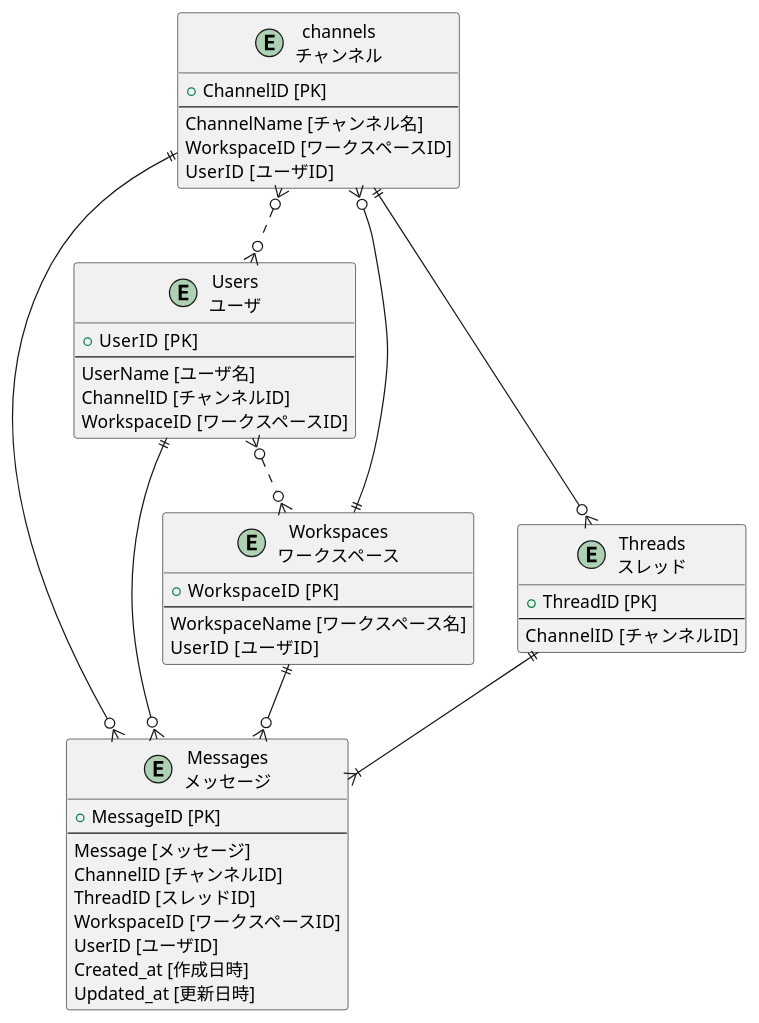
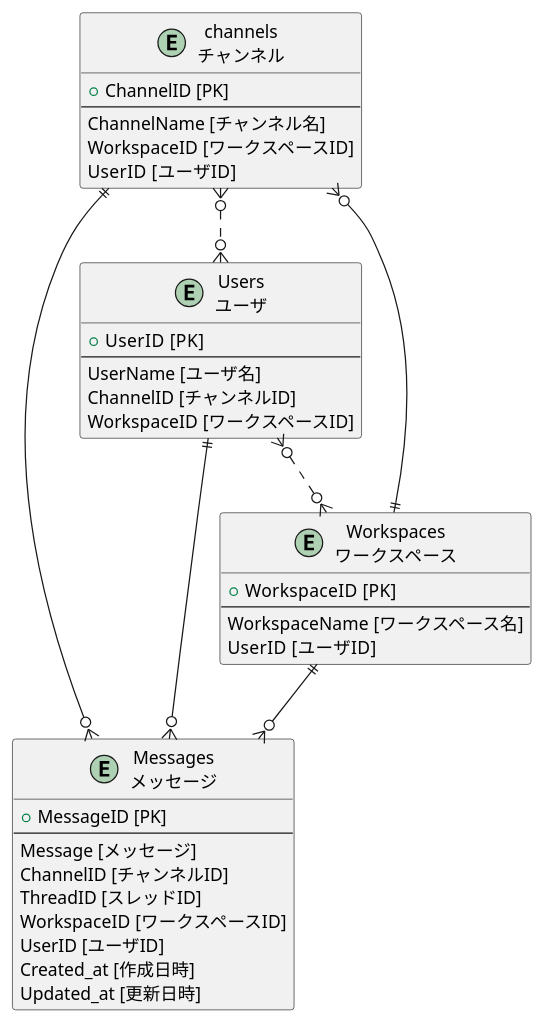
Before and after one commit to baron7151/praha-challenge: the diagram in 1_DB/2_DB_Modeling/Task1/tables.pu, drawn with PlantUML. The commit also changed 3 other files, not shown here.

```diff
--- a/1_DB/2_DB_Modeling/Task1/tables.pu
+++ b/1_DB/2_DB_Modeling/Task1/tables.pu
@@ -1,54 +1,44 @@
 @startuml tables
 entity messages as "Messages\nメッセージ" {
   + MessageID [PK]
   --
   Message [メッセージ]
   ChannelID [チャンネルID]
   ThreadID [スレッドID]
   WorkspaceID [ワークスペースID]
   UserID [ユーザID]
   Created_at [作成日時]
   Updated_at [更新日時]
 }
 
 entity channels as "channels\nチャンネル" {
   + ChannelID [PK]
   --
   ChannelName [チャンネル名]
   WorkspaceID [ワークスペースID]
   UserID  [ユーザID]
 }
 
 entity users as "Users\nユーザ" {
   + UserID  [PK]
   --
   UserName [ユーザ名]
   ChannelID [チャンネルID]
   WorkspaceID [ワークスペースID]
 }
 
 entity workspaces as "Workspaces\nワークスペース" {
   + WorkspaceID  [PK]
   --
   WorkspaceName [ワークスペース名]
   UserID  [ユーザID]
 }
 
 
-entity threads as "Threads\nスレッド"{
-  + ThreadID [PK]
-  --
-  ChannelID  [チャンネルID]
-}
-
-
-
 users }o..o{ workspaces
 channels }o..o{ users
 users ||--o{ messages
 channels ||--o{ messages
-channels ||--o{ threads
-threads ||--|{ messages
 workspaces ||--o{ messages
 workspaces ||--o{ channels
 @enduml
```
